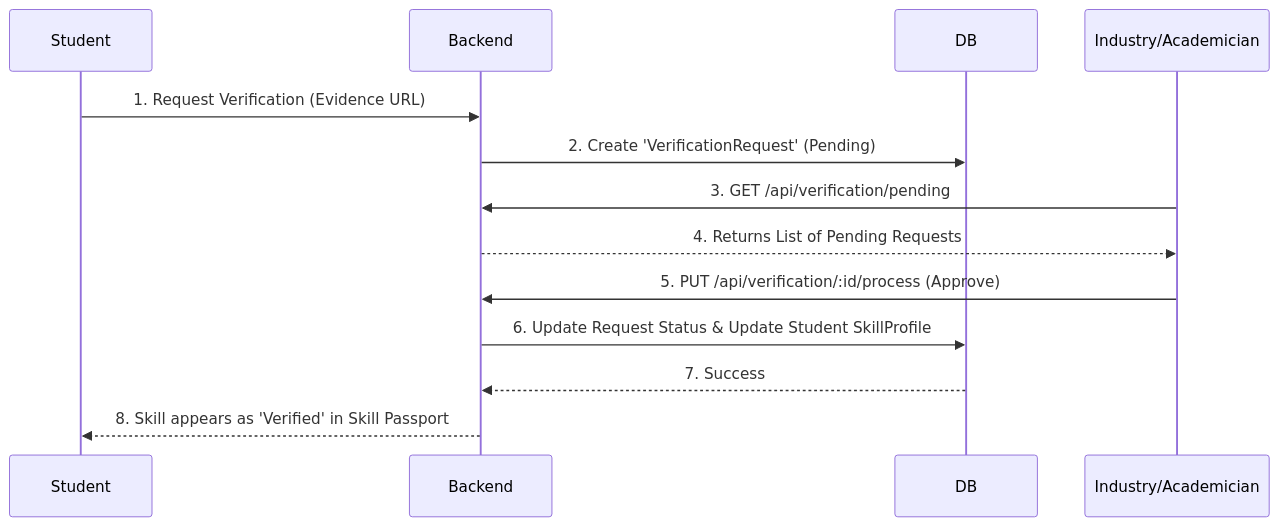
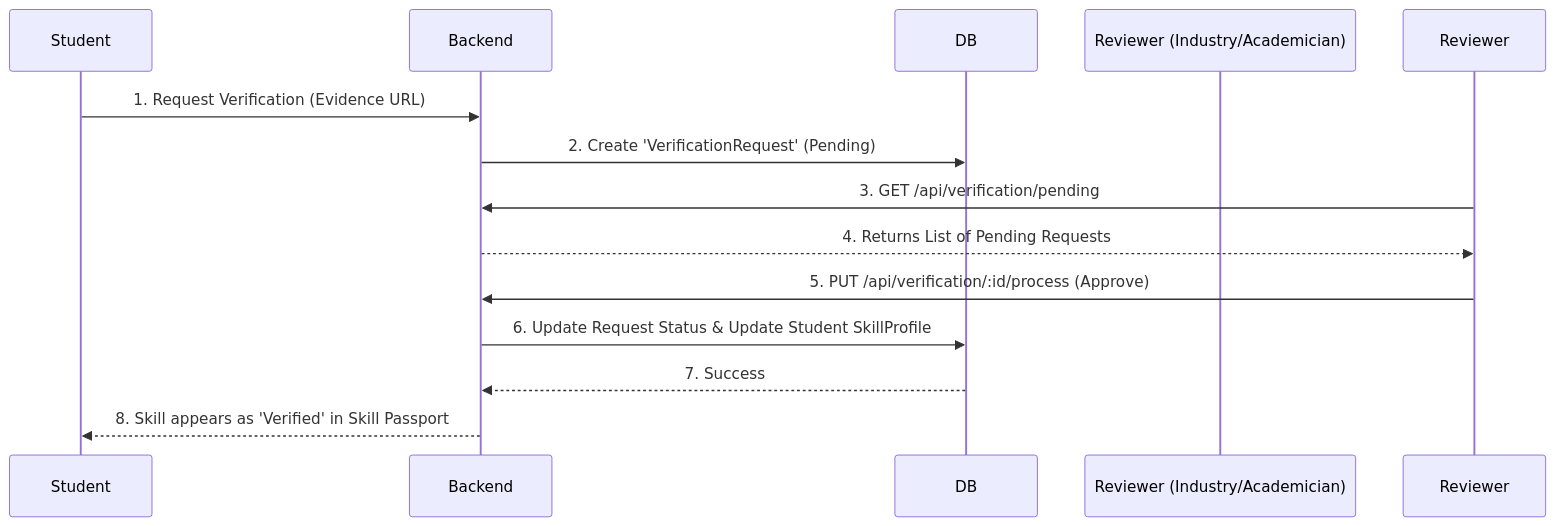
Before and after one commit to shahidansari311/abcd: the second of 2 diagrams in README.md, drawn with Mermaid. The commit also changed other lines of this file, not shown here.

````diff
--- a/README.md
+++ b/README.md
@@ -96,16 +106,16 @@
 ```mermaid
 sequenceDiagram
     participant Student
     participant Backend
     participant DB
-    participant Industry/Academician
+    participant Reviewer (Industry/Academician)
 
     Student->>Backend: 1. Request Verification (Evidence URL)
     Backend->>DB: 2. Create 'VerificationRequest' (Pending)
-    Industry/Academician->>Backend: 3. GET /api/verification/pending
-    Backend-->>Industry/Academician: 4. Returns List of Pending Requests
-    Industry/Academician->>Backend: 5. PUT /api/verification/:id/process (Approve)
+    Reviewer->>Backend: 3. GET /api/verification/pending
+    Backend-->>Reviewer: 4. Returns List of Pending Requests
+    Reviewer->>Backend: 5. PUT /api/verification/:id/process (Approve)
     Backend->>DB: 6. Update Request Status & Update Student SkillProfile
     DB-->>Backend: 7. Success
     Backend-->>Student: 8. Skill appears as 'Verified' in Skill Passport
 ```
````
